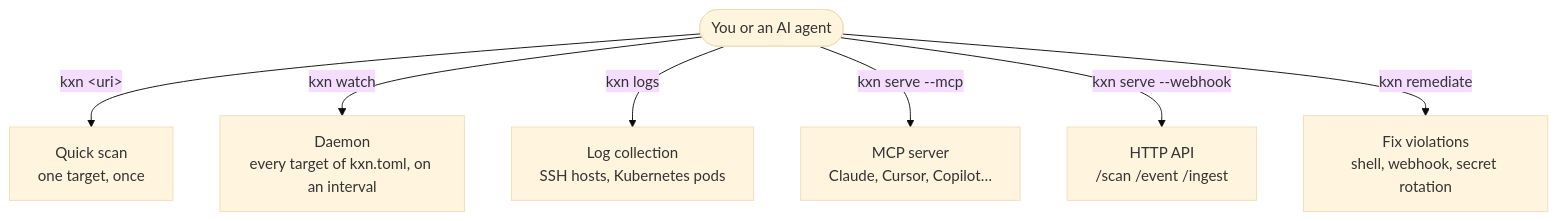
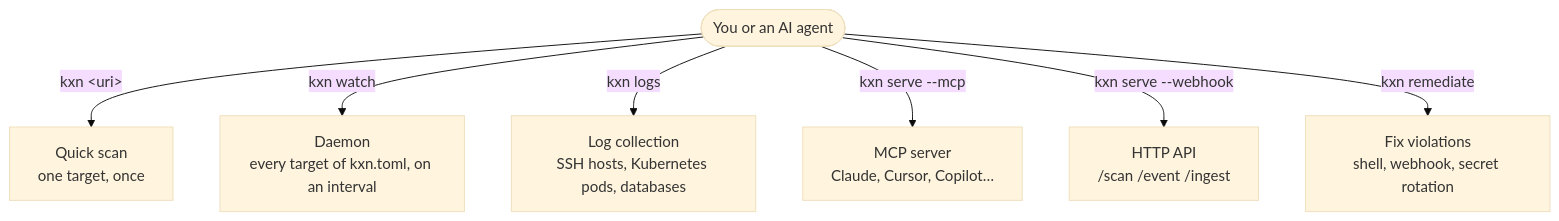
One commit to kexa-io/kxn changed the second of 2 diagrams in docs/architecture.md. Above: the diagram before and after it, drawn with Mermaid (base theme). The commit also changed 2 other files, not shown here.

Commit message:
docs: database CIS pack versions and kxn logs for databases

````diff
--- a/docs/architecture.md
+++ b/docs/architecture.md
@@ -46,10 +46,10 @@
 ```mermaid
 flowchart TB
     U(["You or an AI agent"])
     U -->|"kxn #lt;uri#gt;"| Q["Quick scan<br/>one target, once"]
     U -->|"kxn watch"| W["Daemon<br/>every target of kxn.toml, on an interval"]
-    U -->|"kxn logs"| L["Log collection<br/>SSH hosts, Kubernetes pods"]
+    U -->|"kxn logs"| L["Log collection<br/>SSH hosts, Kubernetes pods, databases"]
     U -->|"kxn serve --mcp"| M["MCP server<br/>Claude, Cursor, Copilot…"]
     U -->|"kxn serve --webhook"| H["HTTP API<br/>/scan /event /ingest"]
     U -->|"kxn remediate"| F["Fix violations<br/>shell, webhook, secret rotation"]
 ```
````
